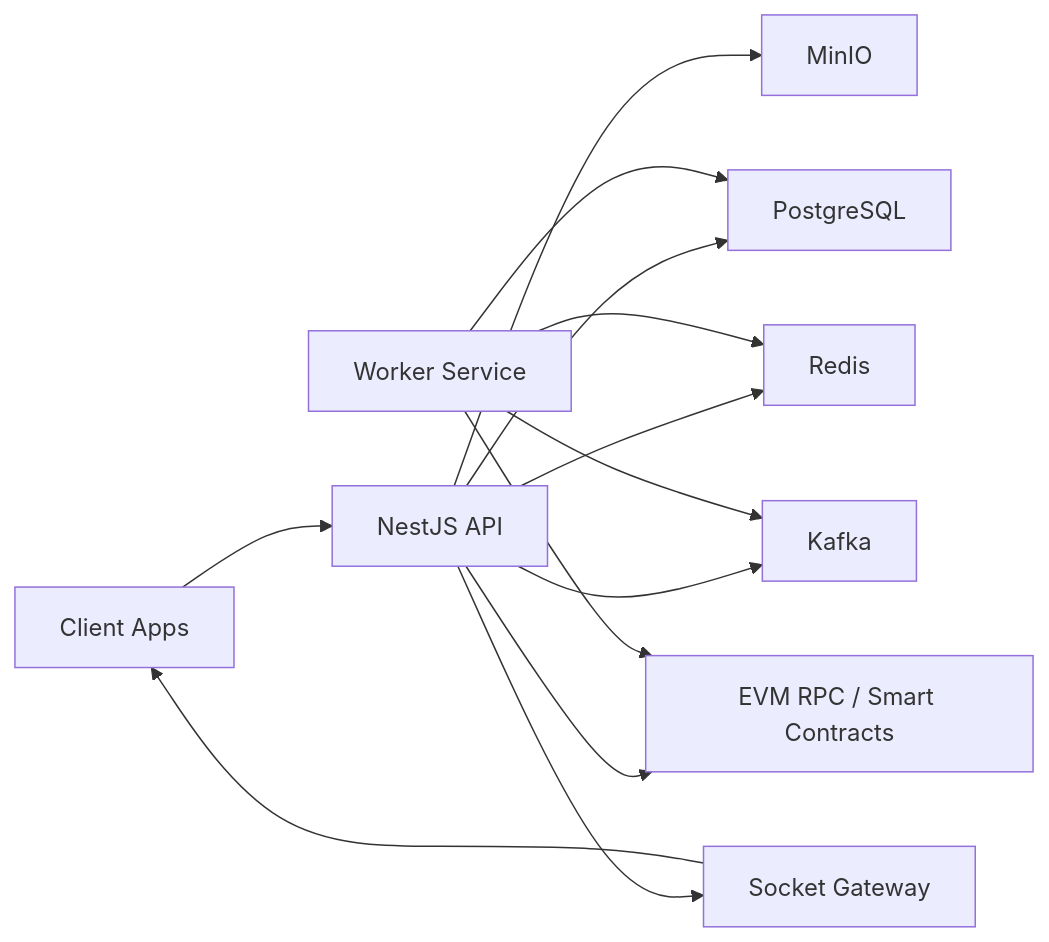
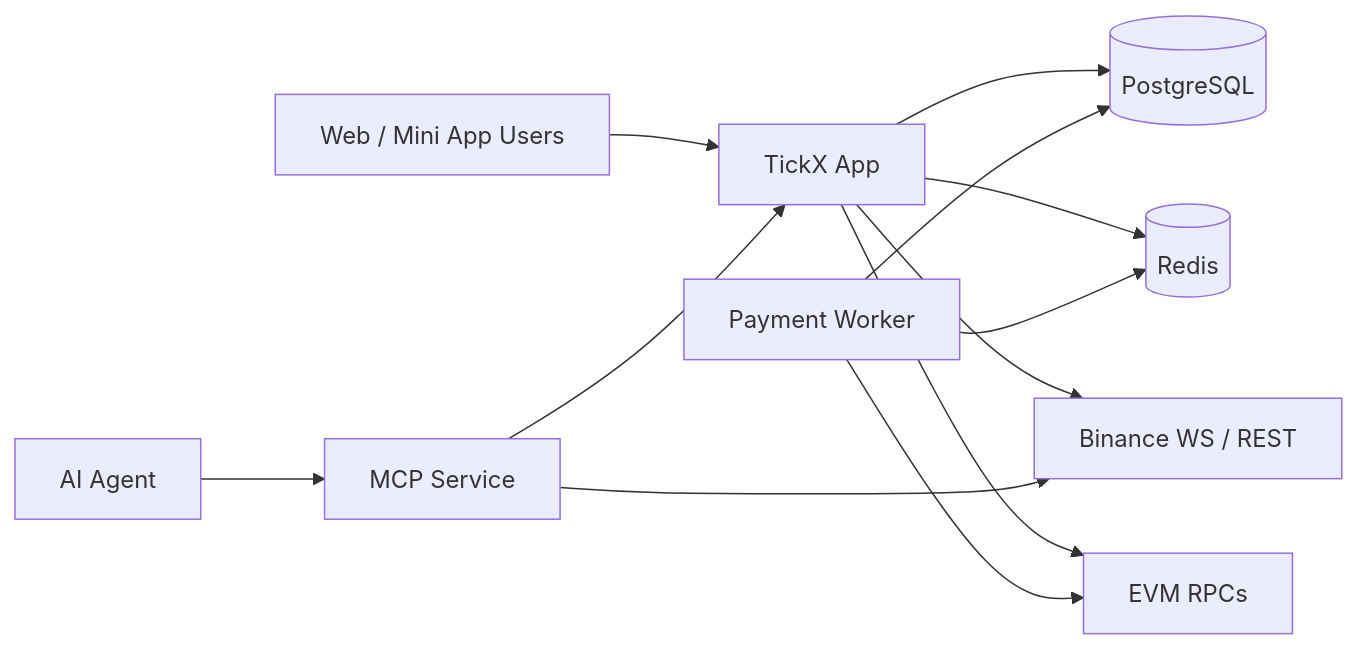
The diagram in README.md (tickx-finance/backend), drawn with Mermaid before and after one commit. The commit also changed other lines of this file, not shown here.

Commit message:
refactor: redis

````diff
--- a/README.md
+++ b/README.md
@@ -22,15 +31,14 @@
 ```mermaid
 flowchart LR
-  A[Client Apps] --> B[NestJS API]
-  B --> C[PostgreSQL]
-  B --> D[Redis]
-  B --> E[MinIO]
-  B --> F[Kafka]
-  B --> G[EVM RPC / Smart Contracts]
-  H[Worker Service] --> C
-  H --> D
-  H --> F
-  H --> G
-  B --> I[Socket Gateway]
-  I --> A
+  U[Web / Mini App Users] --> APP[TickX App]
+  AG[AI Agent] --> MCP[MCP Service]
+  APP --> PG[(PostgreSQL)]
+  APP --> REDIS[(Redis)]
+  APP --> BINANCE[Binance WS / REST]
+  APP --> RPC[EVM RPCs]
+  WORKER[Payment Worker] --> PG
+  WORKER --> REDIS
+  WORKER --> RPC
+  MCP --> APP
+  MCP --> BINANCE
 ```
````
